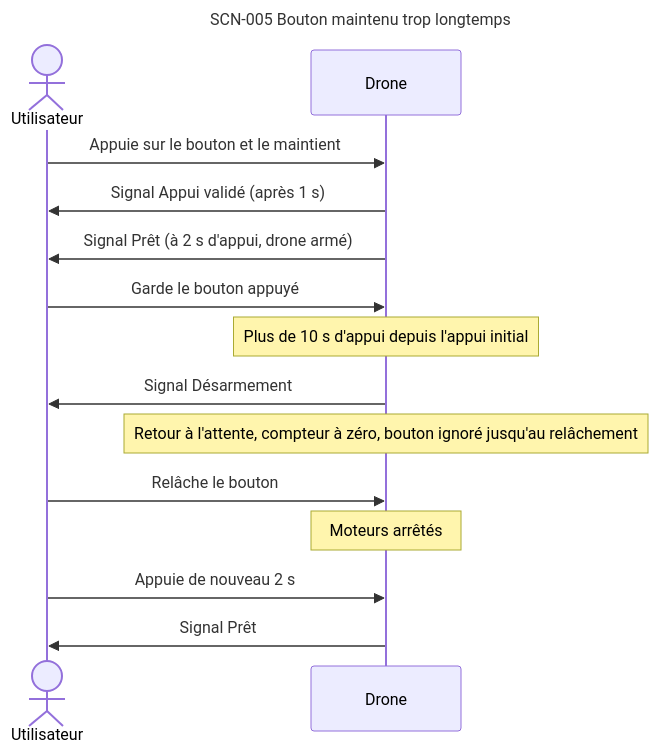
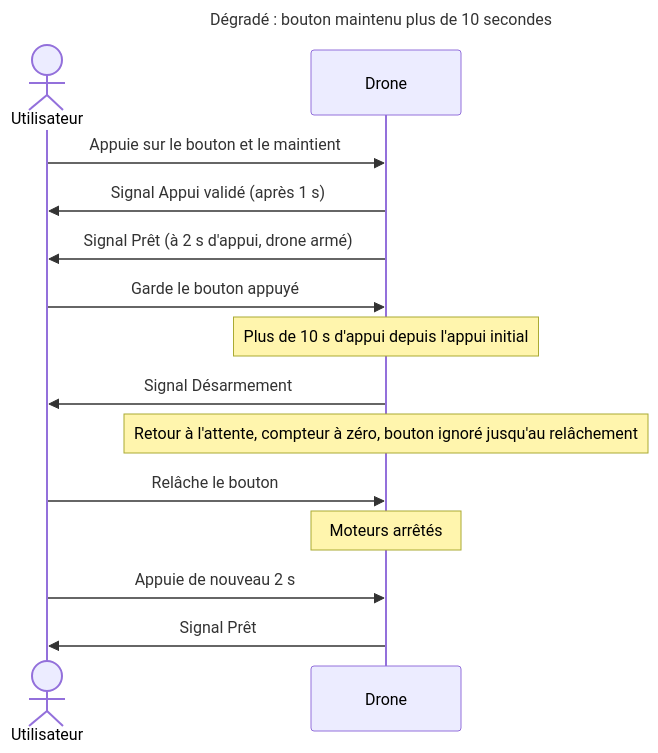
Before and after one commit to thourymatthieu-png/coworker_archi_system: the ninth of 15 diagrams in projets/boomrone/00-scenarios.md, drawn with Mermaid. The commit also changed other lines of this file and 6 other files, not shown here.

````diff
--- a/projets/boomrone/00-scenarios.md
+++ b/projets/boomrone/00-scenarios.md
@@ -514,19 +578,19 @@
 ```mermaid
 ---
-title: "SCN-005 Bouton maintenu trop longtemps"
+title: "Dégradé : bouton maintenu plus de 10 secondes"
 ---
 sequenceDiagram
     actor U as Utilisateur
     participant D as Drone
     U->>D: Appuie sur le bouton et le maintient
     D->>U: Signal Appui validé (après 1 s)
     D->>U: Signal Prêt (à 2 s d'appui, drone armé)
     U->>D: Garde le bouton appuyé
     Note over D: Plus de 10 s d'appui depuis l'appui initial
     D->>U: Signal Désarmement
     Note over D: Retour à l'attente, compteur à zéro, bouton ignoré jusqu'au relâchement
     U->>D: Relâche le bouton
     Note over D: Moteurs arrêtés
     U->>D: Appuie de nouveau 2 s
     D->>U: Signal Prêt
 ```
````
